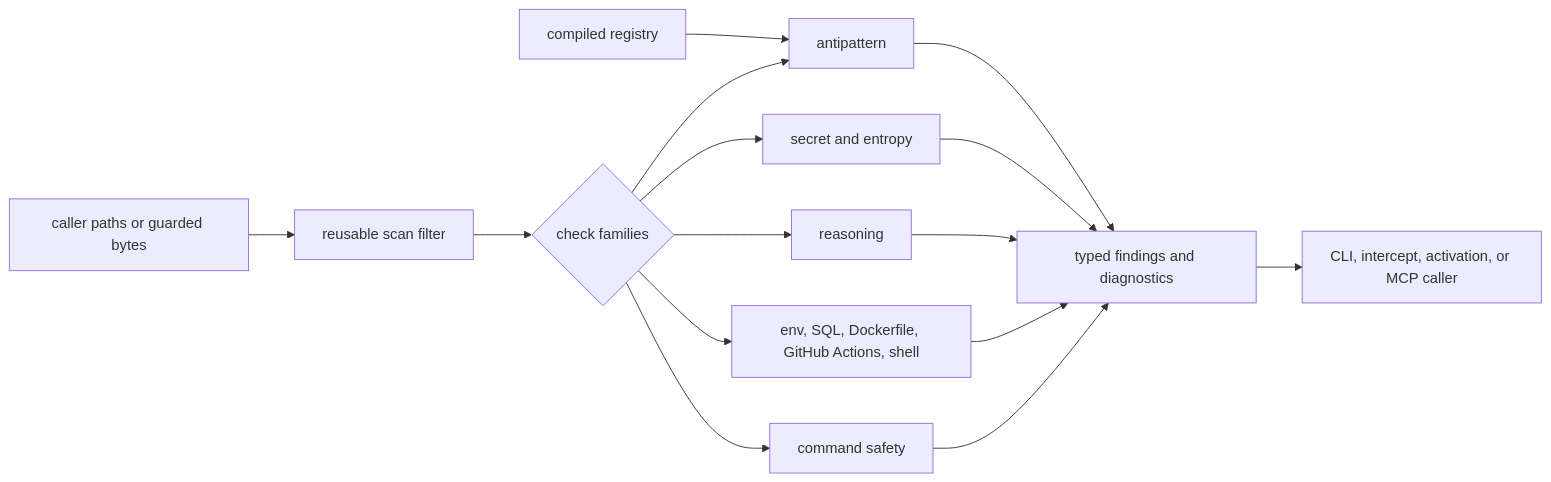
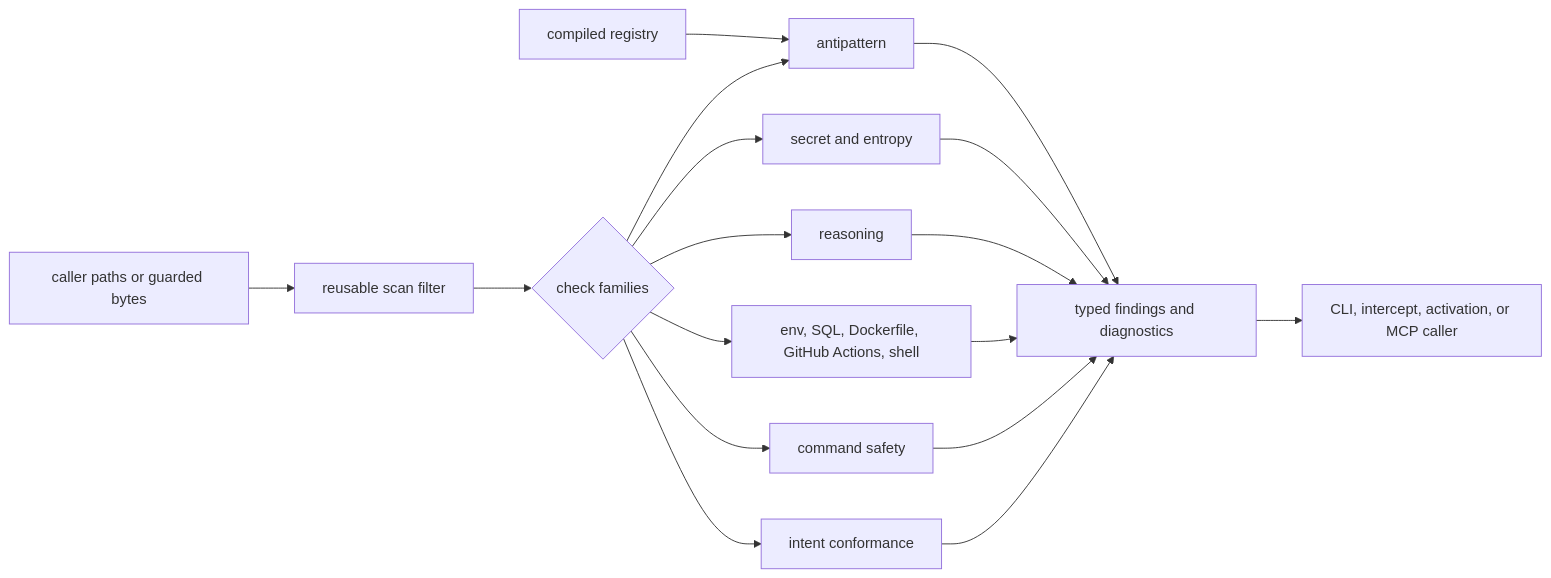
One commit to eddacraft/eddacraft-tui changed the diagram in crates/anvil-checks/ARCHITECTURE.md. Above: the diagram before and after it, drawn with Mermaid. The commit also changed other lines of this file and 17 other files, not shown here.

````diff
--- a/crates/anvil-checks/ARCHITECTURE.md
+++ b/crates/anvil-checks/ARCHITECTURE.md
@@ -35,17 +35,19 @@
 ```mermaid
 flowchart LR
     Input[caller paths or guarded bytes] --> Filter[reusable scan filter]
     Filter --> Families{check families}
     Registry[compiled registry] --> Anti[antipattern]
     Families --> Anti
     Families --> Secret[secret and entropy]
     Families --> Reason[reasoning]
     Families --> Surface[env, SQL, Dockerfile, GitHub Actions, shell]
     Families --> Command[command safety]
+    Families --> Conformance[intent conformance]
     Anti --> Results[typed findings and diagnostics]
     Secret --> Results
     Reason --> Results
     Surface --> Results
     Command --> Results
+    Conformance --> Results
     Results --> Caller[CLI, intercept, activation, or MCP caller]
 ```
````
